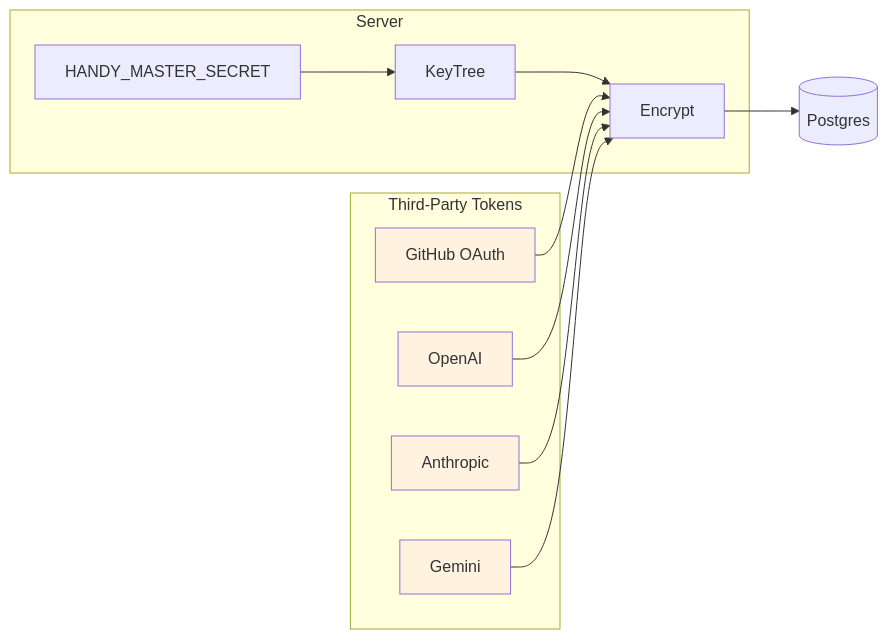
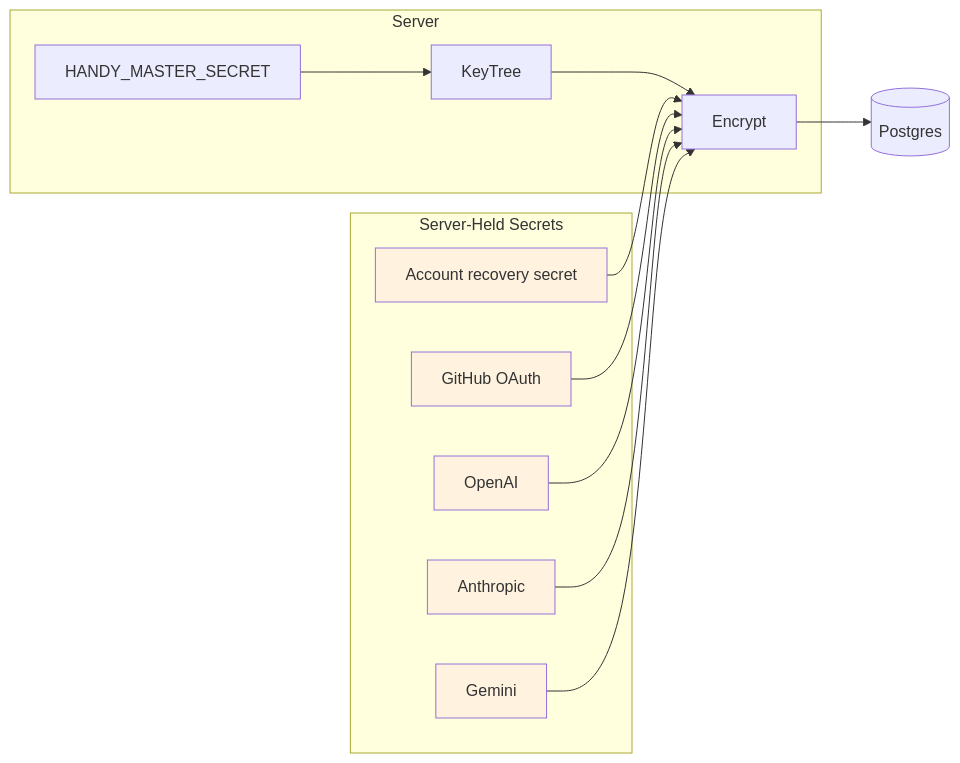
One commit to Mereithhh/very-happy changed diagram 11 of 12 in docs/encryption.md. Above: the diagram before and after it, drawn with Mermaid. The commit also changed other lines of this file and 59 other files, not shown here.

````diff
--- a/docs/encryption.md
+++ b/docs/encryption.md
@@ -494,25 +494,27 @@
 ```mermaid
 graph LR
-    subgraph "Third-Party Tokens"
+    subgraph "Server-Held Secrets"
+        ACCOUNT[Account recovery secret]
         GH[GitHub OAuth]
         OAI[OpenAI]
         ANT[Anthropic]
         GEM[Gemini]
     end
 
     subgraph "Server"
         Secret[HANDY_MASTER_SECRET]
         KeyTree[KeyTree]
         Encrypt[Encrypt]
     end
 
     DB[(Postgres)]
 
     Secret --> KeyTree --> Encrypt
-    GH & OAI & ANT & GEM --> Encrypt --> DB
+    ACCOUNT & GH & OAI & ANT & GEM --> Encrypt --> DB
 
+    style ACCOUNT fill:#fff3e0
     style GH fill:#fff3e0
     style OAI fill:#fff3e0
     style ANT fill:#fff3e0
     style GEM fill:#fff3e0
 ```
````
